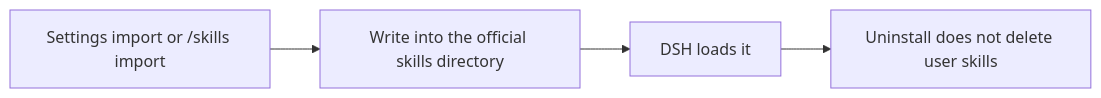
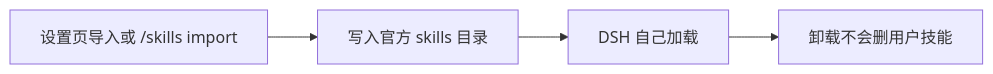
The third of 3 diagrams in README.md (jmx124112/dsh-purge-selfhost), drawn with Mermaid before and after one commit. The commit also changed other lines of this file, not shown here.

````diff
--- a/README.md
+++ b/README.md
@@ -704,6 +100,6 @@
 ```mermaid
 flowchart LR
-  A["Settings import or /skills import"] --> B["Write into the official skills directory"]
-  B --> C["DSH loads it"]
-  C --> D["Uninstall does not delete user skills"]
+  A["设置页导入或 /skills import"] --> B["写入官方 skills 目录"]
+  B --> C["DSH 自己加载"]
+  C --> D["卸载不会删用户技能"]
 ```
````
